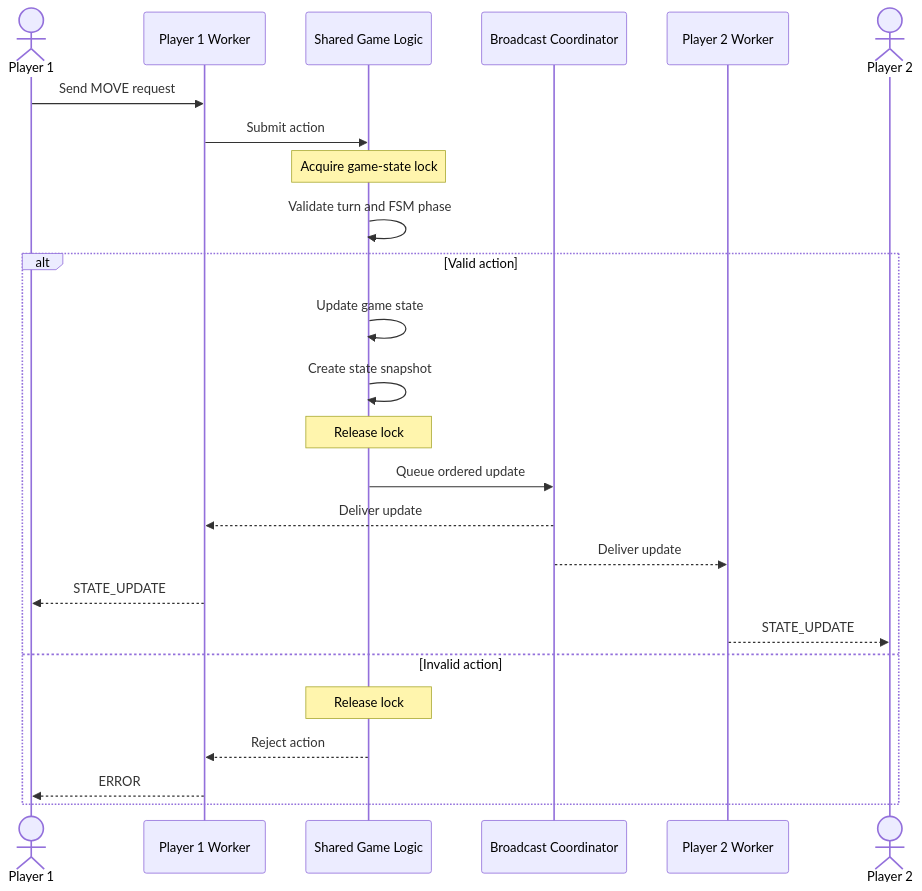
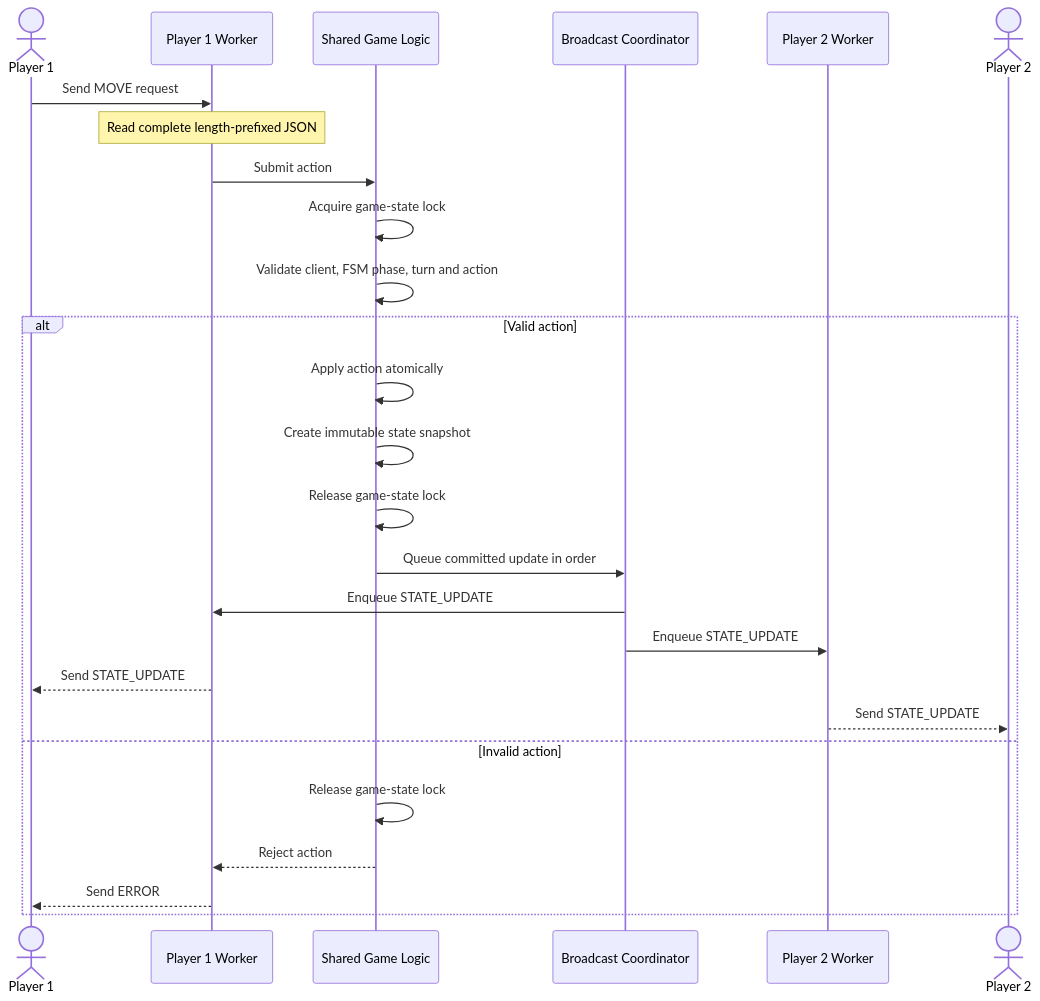
The diagram in concurrency_design.md (Dacovney/CS-457-Final-Project), drawn with Mermaid before and after one commit.

Commit message:
Minor changes to mermaid diagram

````diff
--- a/concurrency_design.md
+++ b/concurrency_design.md
@@ -45,29 +45,30 @@
 ```mermaid
 sequenceDiagram
     actor P1 as Player 1
     participant W1 as Player 1 Worker
     participant G as Shared Game Logic
     participant B as Broadcast Coordinator
     participant W2 as Player 2 Worker
     actor P2 as Player 2
 
     P1->>W1: Send MOVE request
+    Note over W1: Read complete length-prefixed JSON
     W1->>G: Submit action
-    Note over G: Acquire game-state lock
-    G->>G: Validate turn and FSM phase
+    G->>G: Acquire game-state lock
+    G->>G: Validate client, FSM phase, turn and action
 
     alt Valid action
-        G->>G: Update game state
-        G->>G: Create state snapshot
-        Note over G: Release lock
-        G->>B: Queue ordered update
-        B-->>W1: Deliver update
-        B-->>W2: Deliver update
-        W1-->>P1: STATE_UPDATE
-        W2-->>P2: STATE_UPDATE
+        G->>G: Apply action atomically
+        G->>G: Create immutable state snapshot
+        G->>G: Release game-state lock
+        G->>B: Queue committed update in order
+        B->>W1: Enqueue STATE_UPDATE
+        B->>W2: Enqueue STATE_UPDATE
+        W1-->>P1: Send STATE_UPDATE
+        W2-->>P2: Send STATE_UPDATE
     else Invalid action
-        Note over G: Release lock
+        G->>G: Release game-state lock
         G-->>W1: Reject action
-        W1-->>P1: ERROR
+        W1-->>P1: Send ERROR
     end
 ```
````
